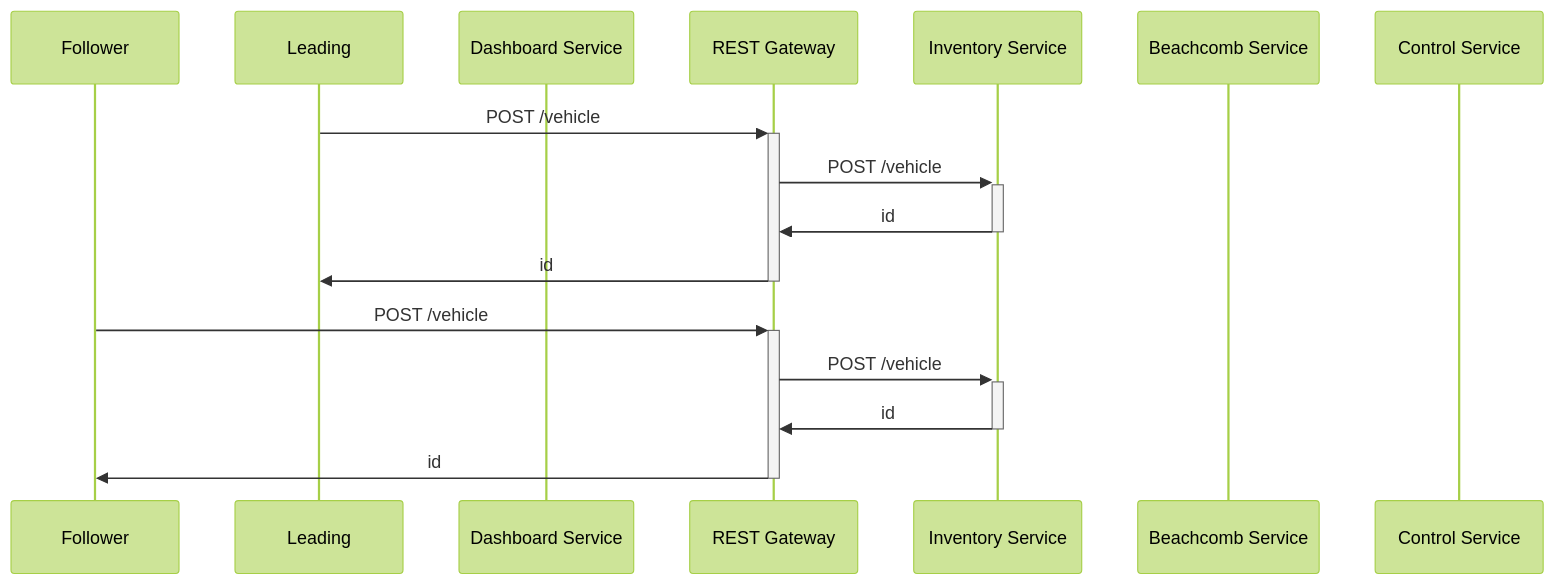
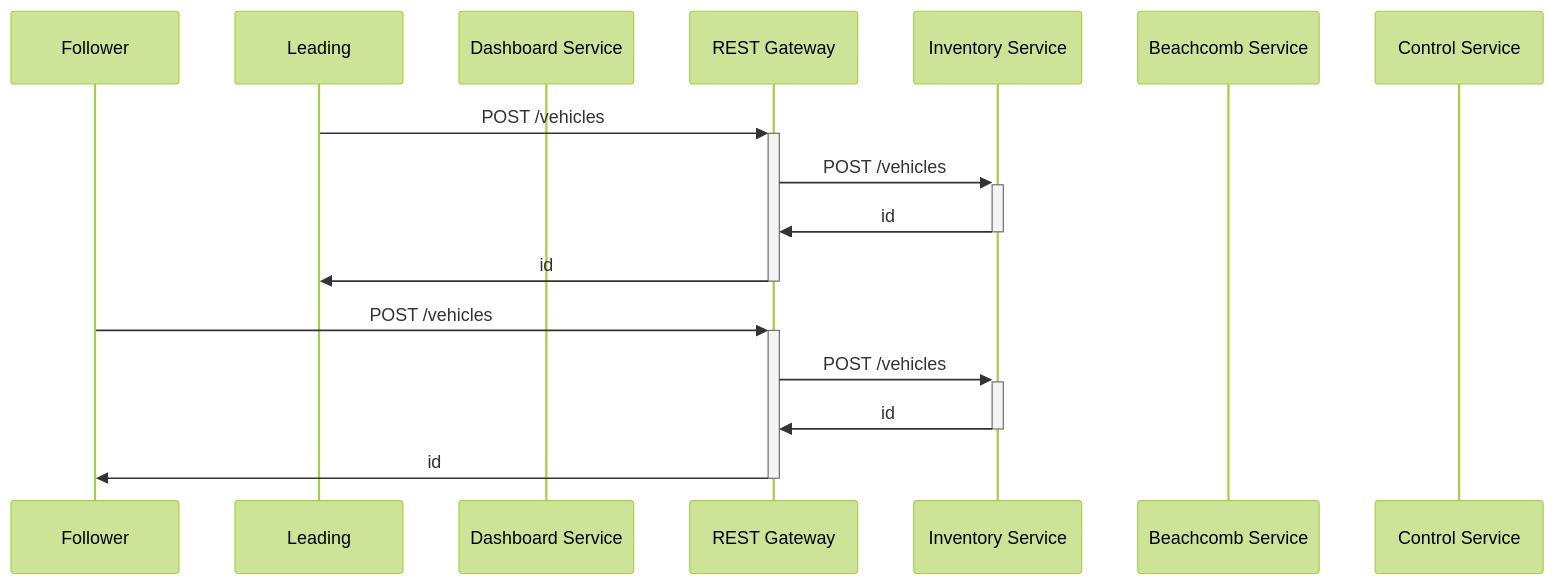
One commit to Maustrian3/DSE24 changed the second of 3 diagrams in README.md. Above: the diagram before and after it, drawn with Mermaid (forest theme). The commit also changed other lines of this file, not shown here.

````diff
--- a/README.md
+++ b/README.md
@@ -42,18 +56,18 @@
 ```mermaid
 sequenceDiagram
   participant Follower
   participant Leading
   participant Dashboard as Dashboard Service
   participant REST as REST Gateway
   participant Inventory as Inventory Service
   participant Beachcomb as Beachcomb Service
   participant Control as Control Service
-  Leading ->>+ REST: POST /vehicle
-  REST ->>+ Inventory: POST /vehicle
+  Leading ->>+ REST: POST /vehicles
+  REST ->>+ Inventory: POST /vehicles
   Inventory ->>- REST: id
   REST ->>- Leading: id
-  Follower ->>+ REST: POST /vehicle
-  REST ->>+ Inventory: POST /vehicle
+  Follower ->>+ REST: POST /vehicles
+  REST ->>+ Inventory: POST /vehicles
   Inventory ->>- REST: id
   REST ->>- Follower: id
 ```
````
